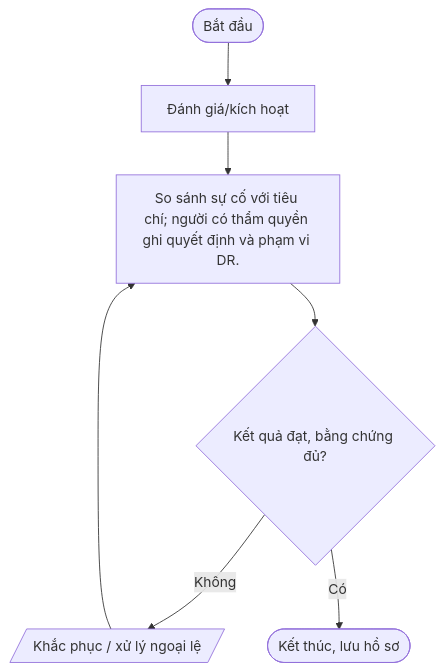
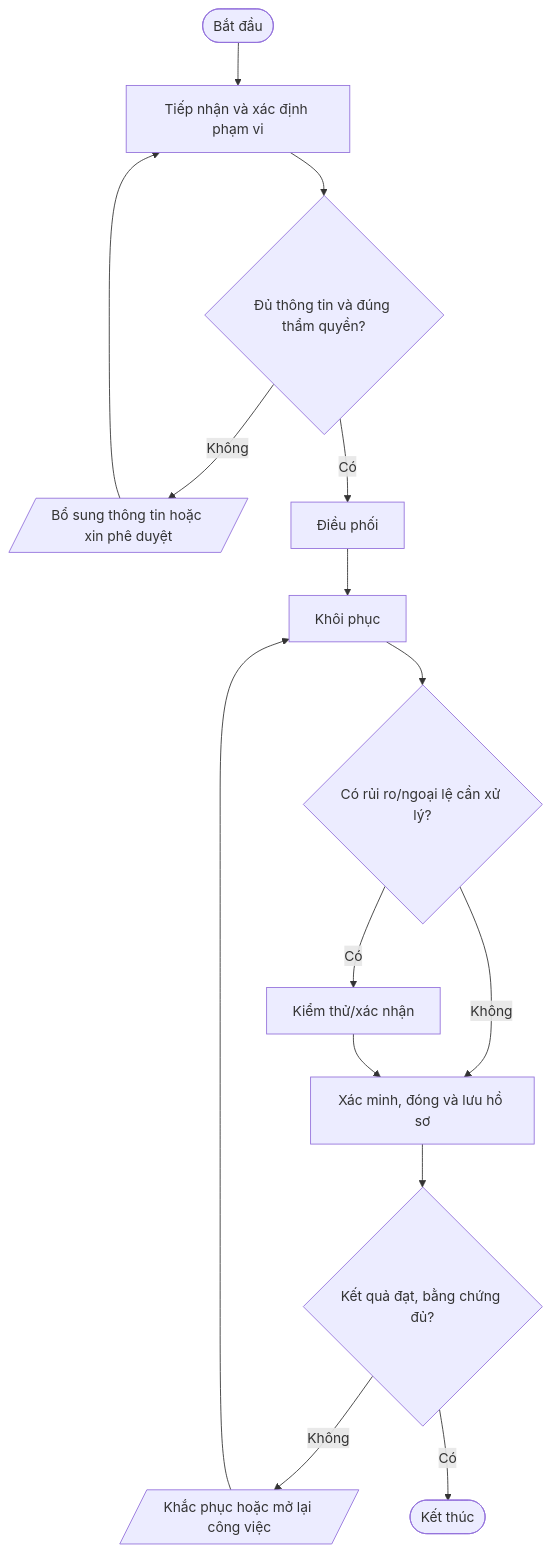
One commit to daoaigiangnam/Quy_Trinh_Chuan changed the fourth of 5 diagrams in quy-trinh/04-Backup-BCP-DR/README.md. Above: the diagram before and after it, drawn with Mermaid. The commit also changed other lines of this file, not shown here.

Commit message:
docs: refine detailed procedure steps and Mermaid flowcharts

````diff
--- a/quy-trinh/04-Backup-BCP-DR/README.md
+++ b/quy-trinh/04-Backup-BCP-DR/README.md
@@ -258,11 +315,17 @@
 ```mermaid
 flowchart TD
-  A([Bắt đầu]) --> S1
-  S1["Đánh giá/kích hoạt"]
-  S2["So sánh sự cố với tiêu chí; người có thẩm quyền ghi quyết định và phạm vi DR."]
-  S1 --> S2
-  S2 --> D2{"Kết quả đạt, bằng chứng đủ?"}
-  D2 -- Không --> REWORK[/"Khắc phục / xử lý ngoại lệ"/]
-  REWORK --> S2
-  D2 -- Có --> Z([Kết thúc, lưu hồ sơ])
+  A([Bắt đầu]) --> S1["Tiếp nhận và xác định phạm vi"]
+  S1 --> D1{"Đủ thông tin và đúng thẩm quyền?"}
+  D1 -- Không --> F1[/"Bổ sung thông tin hoặc xin phê duyệt"/]
+  F1 --> S1
+  D1 -- Có --> S2["Điều phối"]
+  S2 --> S3["Khôi phục"]
+  S3 --> D2{"Có rủi ro/ngoại lệ cần xử lý?"}
+  D2 -- Có --> S4["Kiểm thử/xác nhận"]
+  D2 -- Không --> S5["Xác minh, đóng và lưu hồ sơ"]
+  S4 --> S5
+  S5 --> D3{"Kết quả đạt, bằng chứng đủ?"}
+  D3 -- Không --> R[/"Khắc phục hoặc mở lại công việc"/]
+  R --> S3
+  D3 -- Có --> Z([Kết thúc])
 ```
````
